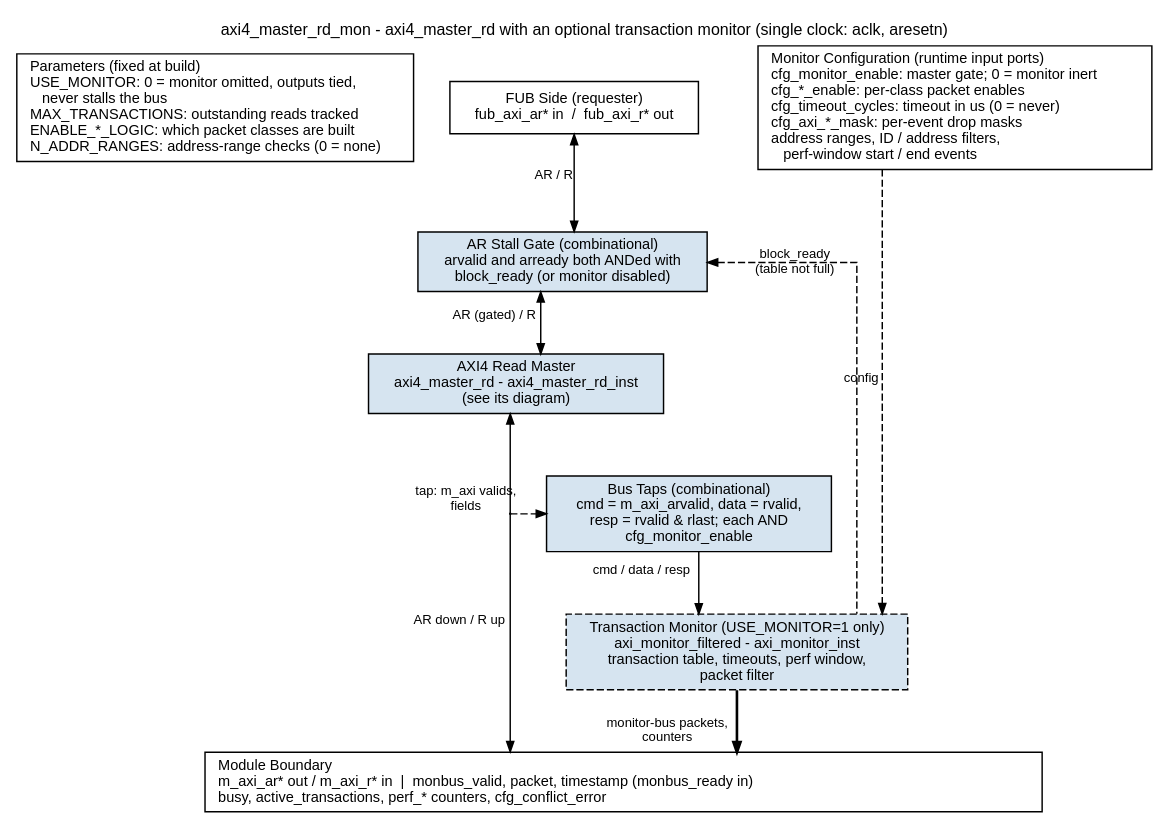
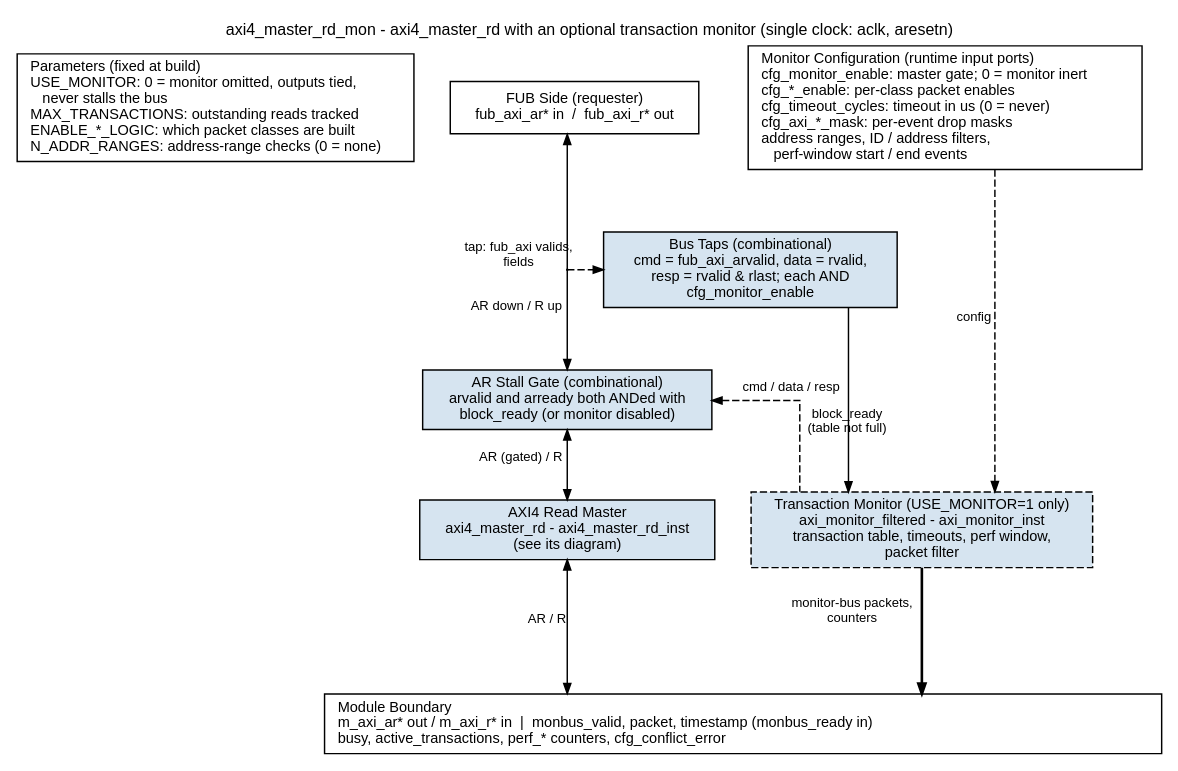
Before and after one commit to sean-galloway/RTLDesignSherpa: the diagram in docs/markdown/assets/rtl-amba/graphviz/axi4_master_rd_mon.dot, drawn with Graphviz. The commit also changed 118 other files, not shown here.

First line of the commit message:
fix(amba): monitors tap the FUB side; consistent busy; EARLY_BURSTS (Fixes #108, Fixes #113)

```diff
--- a/docs/markdown/assets/rtl-amba/graphviz/axi4_master_rd_mon.dot
+++ b/docs/markdown/assets/rtl-amba/graphviz/axi4_master_rd_mon.dot
@@ -1,44 +1,46 @@
 // axi4_master_rd_mon block diagram - house style (vault/handbook/authoring/block-diagrams.md).
 // Monitored wrapper: the base axi4_master_rd is one child box (see its own diagram).
 // AXI traffic runs down the left column through the AR stall gate; the monitor taps the
-// m_axi side and emits monitor-bus packets (the heavy edge). A full transaction table
+// FUB side (owner rule: monitors always tap the FUB side, for timing) and emits monitor-bus packets (the heavy edge). A full transaction table
 // pushes back on the AR gate through block_ready.
 // Source of truth: rtl/amba/axi4/axi4_master_rd_mon.sv.
 digraph axi4_master_rd_mon {
     graph [rankdir=TB, bgcolor="white", fontname="Helvetica", fontsize=11,
            nodesep="0.35", ranksep="0.60", splines=ortho, newrank=true,
            label="axi4_master_rd_mon - axi4_master_rd with an optional transaction monitor (single clock: aclk, aresetn)",
            labelloc=t, labeljust=c];
     node  [fontname="Helvetica", fontsize=10, shape=box, style=filled,
            fillcolor="#D6E4F0", color="black", margin="0.12,0.06"];
     edge  [fontname="Helvetica", fontsize=9, color="black", arrowsize=0.7];
 
     prm  [label="Parameters (fixed at build)\lUSE_MONITOR: 0 = monitor omitted, outputs tied,\l    never stalls the bus\lMAX_TRANSACTIONS: outstanding reads tracked\lENABLE_*_LOGIC: which packet classes are built\lN_ADDR_RANGES: address-range checks (0 = none)\l", fillcolor="white"];
     fub  [label="FUB Side (requester)\nfub_axi_ar* in  /  fub_axi_r* out", fillcolor="white"];
     cfg  [label="Monitor Configuration (runtime input ports)\lcfg_monitor_enable: master gate; 0 = monitor inert\lcfg_*_enable: per-class packet enables\lcfg_timeout_cycles: timeout in us (0 = never)\lcfg_axi_*_mask: per-event drop masks\laddress ranges, ID / address filters,\l    perf-window start / end events\l", fillcolor="white"];
 
     gate [label="AR Stall Gate (combinational)\narvalid and arready both ANDed with\nblock_ready (or monitor disabled)"];
     base [label="AXI4 Read Master\naxi4_master_rd - axi4_master_rd_inst\n(see its diagram)"];
-    taps [label="Bus Taps (combinational)\ncmd = m_axi_arvalid, data = rvalid,\nresp = rvalid & rlast; each AND\ncfg_monitor_enable"];
+    taps [label="Bus Taps (combinational)\ncmd = fub_axi_arvalid, data = rvalid,\nresp = rvalid & rlast; each AND\ncfg_monitor_enable"];
     mon  [label="Transaction Monitor (USE_MONITOR=1 only)\naxi_monitor_filtered - axi_monitor_inst\ntransaction table, timeouts, perf window,\npacket filter", style="filled,dashed"];
 
     bar  [label="Module Boundary\lm_axi_ar* out / m_axi_r* in  |  monbus_valid, packet, timestamp (monbus_ready in)\lbusy, active_transactions, perf_* counters, cfg_conflict_error\l",
           fillcolor="white", width=8.0];
 
-    // AXI path: down the left (requests down, responses back up on the same pair)
-    fub  -> gate [dir=both, xlabel="AR / R"];
+    // AXI path: down the left (requests down, responses back up on the same pair).
+    // The tap point sits on the FUB side, between the requester port and the gate:
+    // the monitor watches the same (gated) handshake the requester sees.
+    p_ax [shape=point, width=0.01];
+    fub  -> p_ax [dir=back, headclip=false];
+    p_ax -> gate [dir=forward, tailclip=false, xlabel="AR down / R up"];
     gate -> base [dir=both, xlabel="AR (gated) / R"];
-    p_ax [shape=point, width=0.01];
-    base -> p_ax [dir=back, headclip=false];
-    p_ax -> bar  [dir=forward, tailclip=false, xlabel="AR down / R up"];
+    base -> bar  [dir=both, minlen=2, xlabel="AR / R"];
     // observation and packets
-    p_ax -> taps [style=dashed, tailclip=false, xlabel="tap: m_axi valids,\nfields"];
-    taps -> mon  [xlabel="cmd / data / resp"];
+    p_ax -> taps [style=dashed, tailclip=false, xlabel="tap: fub_axi valids,\nfields"];
+    taps -> mon  [minlen=2, xlabel="cmd / data / resp"];
     mon  -> bar  [penwidth=1.8, xlabel="monitor-bus packets,\ncounters"];
-    gate -> mon  [style=dashed, dir=back, constraint=false, taillabel="block_ready\n(table not full)", labelangle=0, labeldistance=6];
+    gate -> mon  [style=dashed, dir=back, constraint=false, xlabel="block_ready\n(table not full)"];
     cfg  -> mon  [style=dashed, xlabel="config"];
 
     { rank=same; prm; fub; cfg; }
     { rank=same; taps; p_ax; }
     prm -> fub [style=invis]; fub -> cfg [style=invis];
 }
```
